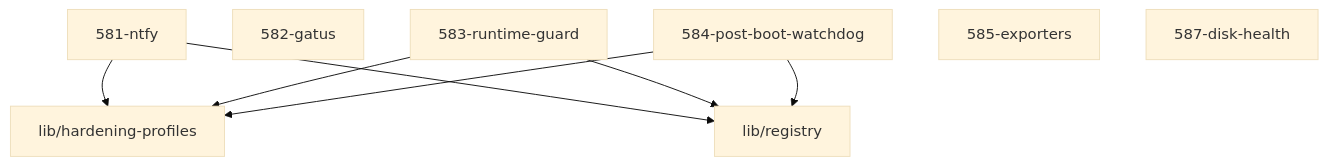
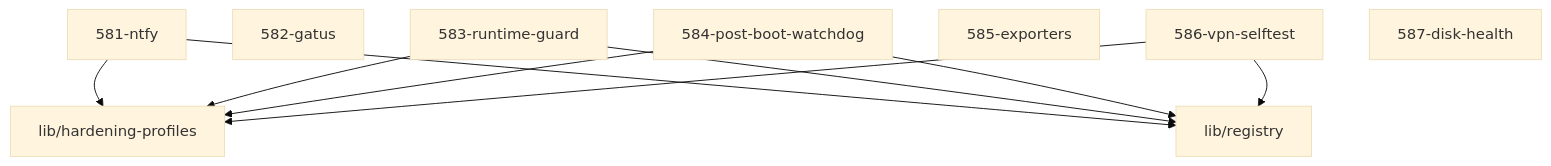
Before and after one commit to grapefruit89/mediNix-core: the diagram in 58-observability/AGENTS.md, drawn with Mermaid (base theme). The commit also changed other lines of this file and 40 other files, not shown here.

````diff
--- a/58-observability/AGENTS.md
+++ b/58-observability/AGENTS.md
@@ -54,12 +55,14 @@
 ```mermaid
 graph TD
   581_ntfy["581-ntfy"] --> hardening_profiles["lib/hardening-profiles"]
   581_ntfy["581-ntfy"] --> registry["lib/registry"]
   582_gatus["582-gatus"]
   583_runtime_guard["583-runtime-guard"] --> hardening_profiles["lib/hardening-profiles"]
   583_runtime_guard["583-runtime-guard"] --> registry["lib/registry"]
   584_post_boot_watchdog["584-post-boot-watchdog"] --> hardening_profiles["lib/hardening-profiles"]
   584_post_boot_watchdog["584-post-boot-watchdog"] --> registry["lib/registry"]
   585_exporters["585-exporters"]
+  586_vpn_selftest["586-vpn-selftest"] --> registry["lib/registry"]
+  586_vpn_selftest["586-vpn-selftest"] --> hardening_profiles["lib/hardening-profiles"]
   587_disk_health["587-disk-health"]
 ```
````
